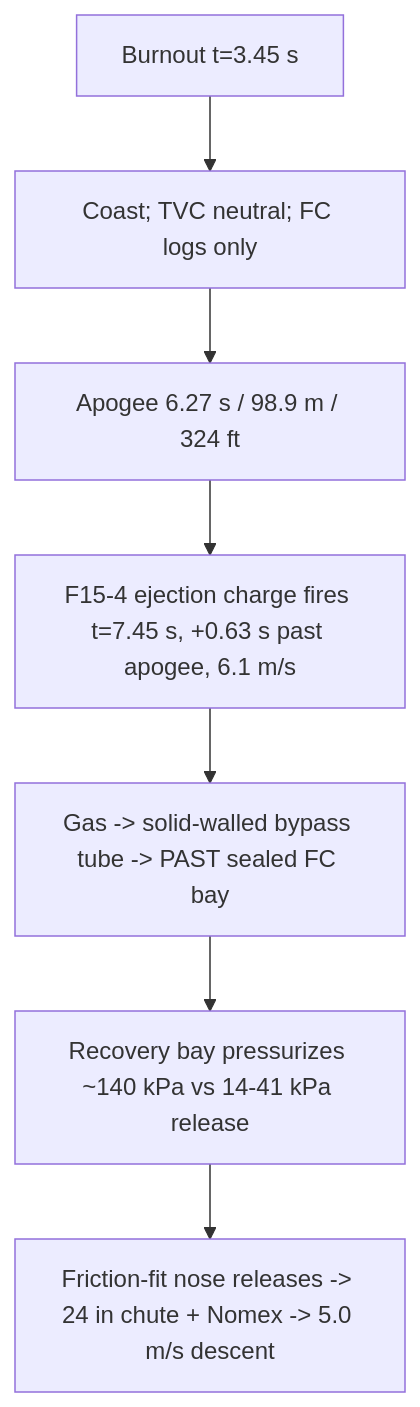
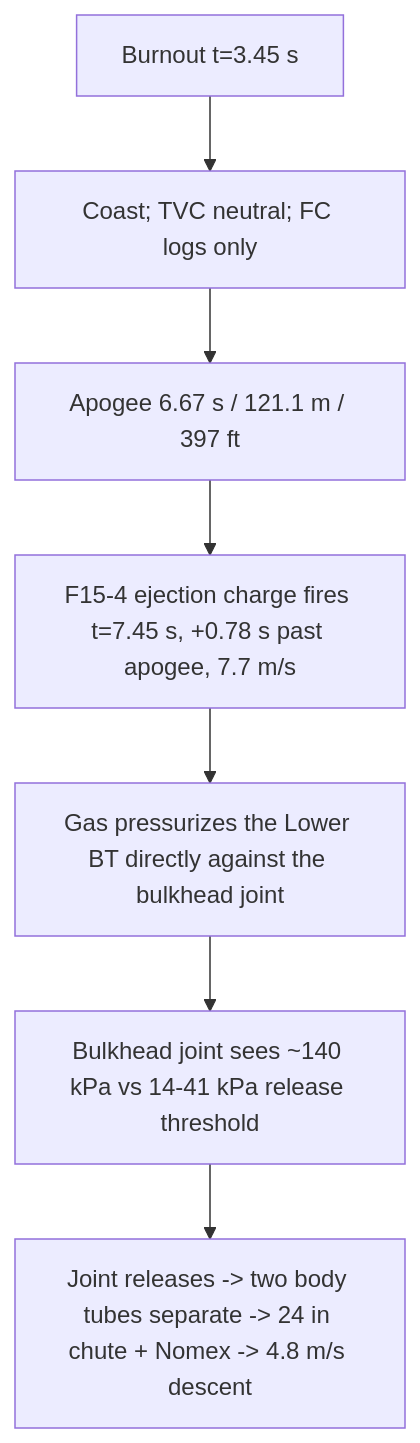
Before and after one commit to swaroopsahoo4908/WYVERN-E: the diagram in Flight Computer/flowcharts/03_recovery_logic.mermaid, drawn with Mermaid. The commit also changed 93 other files, not shown here.

```diff
--- a/Flight Computer/flowcharts/03_recovery_logic.mermaid
+++ b/Flight Computer/flowcharts/03_recovery_logic.mermaid
@@ -1,9 +1,9 @@
-%% WYVERN-E — MOTOR-ejection recovery via bypass tube (no CO2, no pyro bay, no FC actuation)
-%% Regenerated 2026-08 against we4_flightsim.py + we4_ejection_feasibility.py.
+%% WYVERN-E — MOTOR-ejection recovery at the bulkhead joint (no CO2, no pyro bay, no FC actuation)
+%% Regenerated against we4_flightsim.py + we4_ejection_feasibility.py.
 flowchart TD
     B[Burnout t=3.45 s] --> C[Coast; TVC neutral; FC logs only]
-    C --> A[Apogee 6.27 s / 98.9 m / 324 ft]
-    A --> E[F15-4 ejection charge fires t=7.45 s, +0.63 s past apogee, 6.1 m/s]
-    E --> TU[Gas -> solid-walled bypass tube -> PAST sealed FC bay]
-    TU --> P[Recovery bay pressurizes ~140 kPa vs 14-41 kPa release]
-    P --> N[Friction-fit nose releases -> 24 in chute + Nomex -> 5.0 m/s descent]
+    C --> A[Apogee 6.67 s / 121.1 m / 397 ft]
+    A --> E[F15-4 ejection charge fires t=7.45 s, +0.78 s past apogee, 7.7 m/s]
+    E --> TU[Gas pressurizes the Lower BT directly against the bulkhead joint]
+    TU --> P[Bulkhead joint sees ~140 kPa vs 14-41 kPa release threshold]
+    P --> N[Joint releases -> two body tubes separate -> 24 in chute + Nomex -> 4.8 m/s descent]
```
